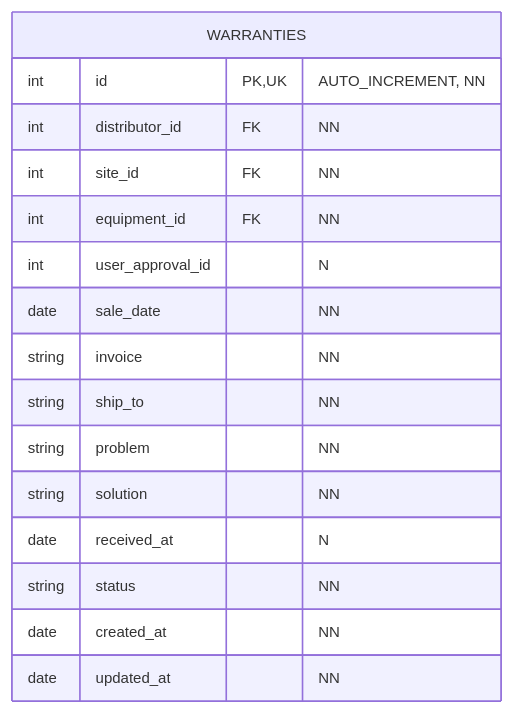
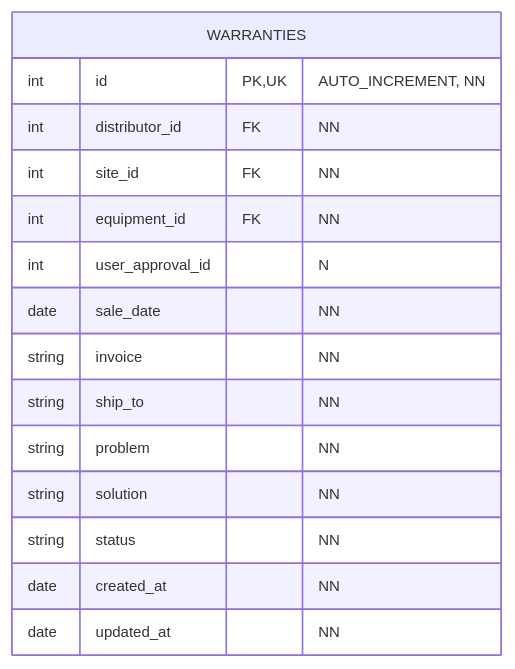
One commit to Juandiego001/lab-dental changed diagram 33 of 45 in docs/db/db.md. Above: the diagram before and after it, drawn with Mermaid. The commit also changed other lines of this file and 71 other files, not shown here.

````diff
--- a/docs/db/db.md
+++ b/docs/db/db.md
@@ -608,20 +619,19 @@
 ```mermaid
 %%{init: {'theme': 'default', 'themeVariables': { 'fontSize': '12px', 'entityPadding': '5' }}}%%
 erDiagram
     WARRANTIES {
         int id PK, UK "AUTO_INCREMENT, NN"
         int distributor_id FK "NN"
         int site_id FK "NN"
         int equipment_id FK "NN"
         int user_approval_id "N"
         date sale_date "NN"
         string invoice "NN"
         string ship_to "NN"
         string problem "NN"
         string solution "NN"
-        date received_at "N"
         string status "NN"
         date created_at "NN"
         date updated_at "NN"
     }
 ```
````
